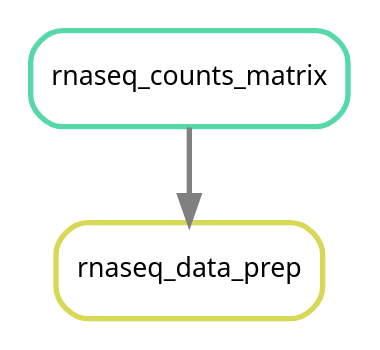
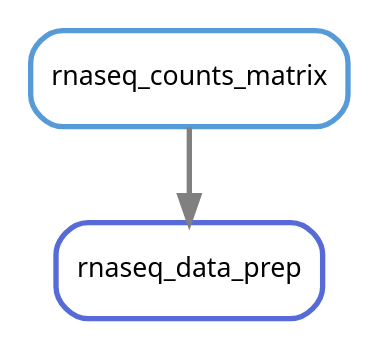
One commit to NCBI-Hackathons/Pharmacogenomics_Prediction_Pipeline_P3 changed the diagram in doc/source/images/normed_counts.dot. Above: the diagram before and after it, drawn with Graphviz. The commit also changed 27 other files, not shown here.

```diff
--- a/doc/source/images/normed_counts.dot
+++ b/doc/source/images/normed_counts.dot
@@ -1,8 +1,8 @@
 digraph snakemake_dag {
     graph[bgcolor=white, margin=0];
     node[shape=box, style=rounded, fontname=sans,                 fontsize=10, penwidth=2];
     edge[penwidth=2, color=grey];
-	0[label = "rnaseq_data_prep", color = "0.17 0.6 0.85", style="rounded"];
-	1[label = "rnaseq_counts_matrix", color = "0.44 0.6 0.85", style="rounded"];
-	1 -> 0
+	0[label = "rnaseq_counts_matrix", color = "0.58 0.6 0.85", style="rounded"];
+	1[label = "rnaseq_data_prep", color = "0.64 0.6 0.85", style="rounded"];
+	0 -> 1
 }            
```
